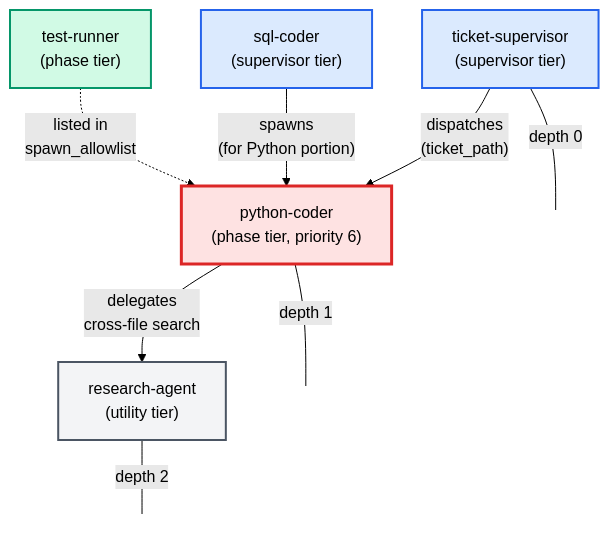
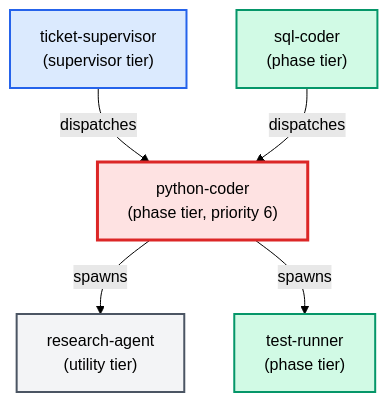
The diagram in docs/agents/cards/python-coder.card.md (urlmonitor/leafcutter-ai), drawn with Mermaid (forest theme) before and after one commit. The commit also changed other lines of this file and 63 other files, not shown here.

````diff
--- a/docs/agents/cards/python-coder.card.md
+++ b/docs/agents/cards/python-coder.card.md
@@ -93,33 +53,18 @@
 ```mermaid
 flowchart TD
     classDef supervisor fill:#dbeafe,stroke:#2563eb,stroke-width:2px
     classDef phase fill:#d1fae5,stroke:#059669,stroke-width:2px
     classDef utility fill:#f3f4f6,stroke:#4b5563,stroke-width:2px
     classDef target fill:#fee2e2,stroke:#dc2626,stroke-width:3px
 
-    %% Parents (who can spawn python-coder)
-    TS["ticket-supervisor\n(supervisor tier)"]:::supervisor
-    SC["sql-coder\n(supervisor tier)"]:::supervisor
+    ticket_supervisor["ticket-supervisor\n(supervisor tier)"]:::supervisor
+    sql_coder["sql-coder\n(phase tier)"]:::phase
+    python_coder["python-coder\n(phase tier, priority 6)"]:::target
+    research_agent["research-agent\n(utility tier)"]:::utility
+    test_runner["test-runner\n(phase tier)"]:::phase
 
-    %% The agent itself
-    PC["python-coder\n(phase tier, priority 6)"]:::target
-
-    %% Children (what python-coder can spawn)
-    RA["research-agent\n(utility tier)"]:::utility
-    TR["test-runner\n(phase tier)"]:::phase
-
-    %% Spawn relationships
-    TS -->|"dispatches\n(ticket_path)"| PC
-    SC -->|"spawns\n(for Python portion)"| PC
-    PC -->|"delegates\ncross-file search"| RA
-    TR -.->|"listed in\nspawn_allowlist"| PC
-
-    %% Depth annotations
-    TS ---|"depth 0"| D0[ ]
-    PC ---|"depth 1"| D1[ ]
-    RA ---|"depth 2"| D2[ ]
-
-    style D0 fill:none,stroke:none
-    style D1 fill:none,stroke:none
-    style D2 fill:none,stroke:none
+    ticket_supervisor -->|dispatches| python_coder
+    sql_coder -->|dispatches| python_coder
+    python_coder -->|spawns| research_agent
+    python_coder -->|spawns| test_runner
 ```
````
